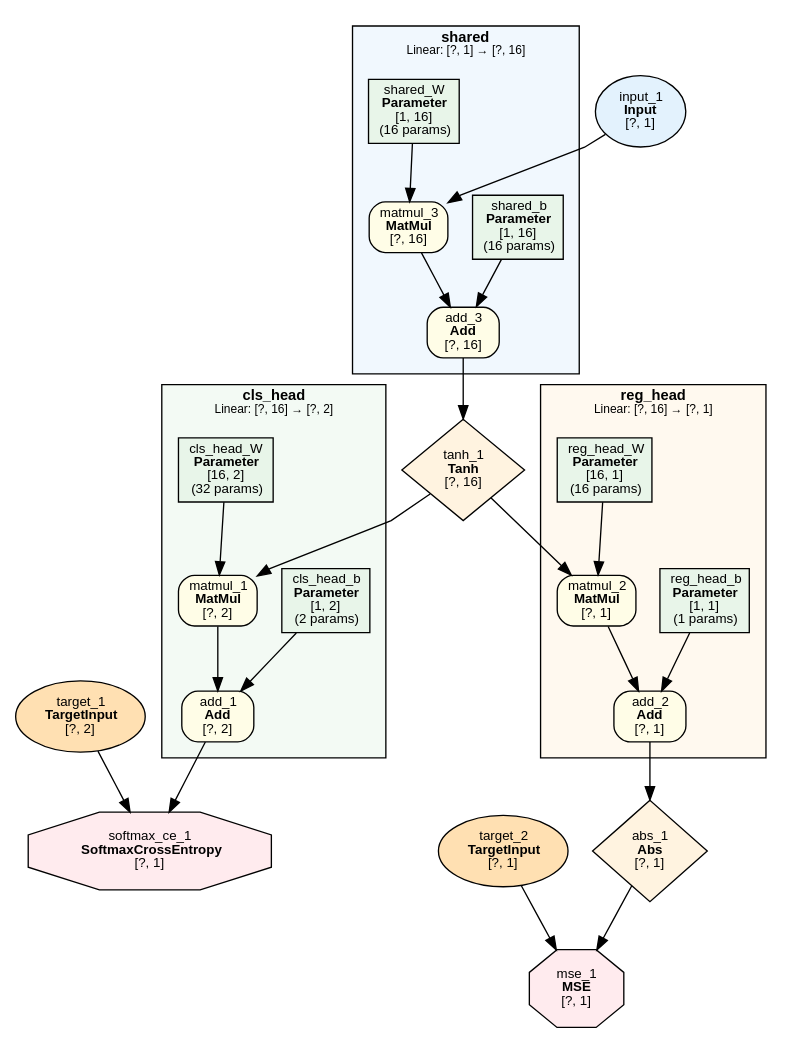
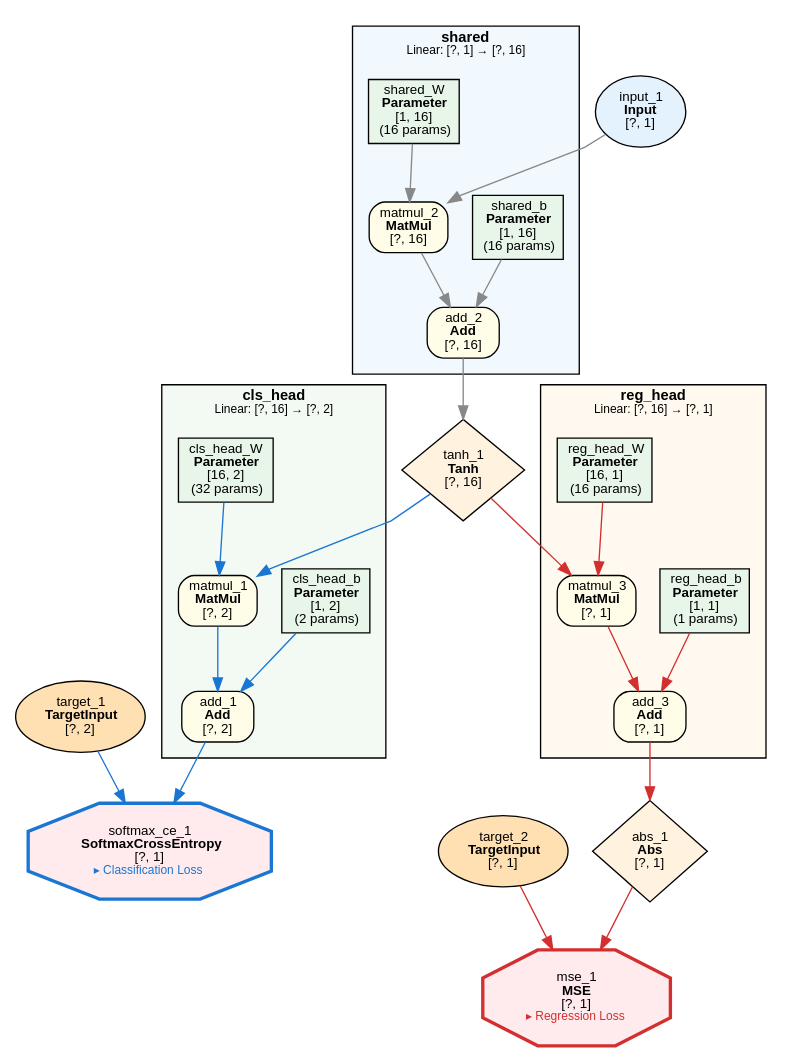
One commit to dbsxdbsx/only_torch changed the diagram in examples/dual_output_classify/dual_output_classify.dot. Above: the diagram before and after it, drawn with Graphviz. The commit also changed 26 other files, not shown here.

```diff
--- a/examples/dual_output_classify/dual_output_classify.dot
+++ b/examples/dual_output_classify/dual_output_classify.dot
@@ -1,73 +1,73 @@
 digraph ComputeGraph {
     rankdir=TB;
     newrank=true;
     splines=polyline;
     node [fontname="Microsoft YaHei,SimHei,Arial"];
     edge [fontname="Microsoft YaHei,SimHei,Arial"];
 
     subgraph cluster_shared {
         label=<<B>shared</B><BR/><FONT POINT-SIZE="9">Linear: [?, 1] → [?, 16]</FONT>>;
         style=filled;
         fillcolor="#E3F2FD80";
         fontname="Microsoft YaHei,SimHei,Arial";
         fontsize=11;
         margin=12;
-            "14" [label=<add_3<BR/><B>Add</B><BR/>[?, 16]> shape=box style="filled,rounded" fillcolor="#FFFDE7" fontsize=10];
-            "16" [label=<matmul_3<BR/><B>MatMul</B><BR/>[?, 16]> shape=box style="filled,rounded" fillcolor="#FFFDE7" fontsize=10];
-            "17" [label=<shared_b<BR/><B>Parameter</B><BR/>[1, 16]<BR/>(16 params)> shape=box style=filled fillcolor="#E8F5E9" fontsize=10];
-            "19" [label=<shared_W<BR/><B>Parameter</B><BR/>[1, 16]<BR/>(16 params)> shape=box style=filled fillcolor="#E8F5E9" fontsize=10];
+            "8" [label=<add_2<BR/><B>Add</B><BR/>[?, 16]> shape=box style="filled,rounded" fillcolor="#FFFDE7" fontsize=10];
+            "9" [label=<matmul_2<BR/><B>MatMul</B><BR/>[?, 16]> shape=box style="filled,rounded" fillcolor="#FFFDE7" fontsize=10];
+            "10" [label=<shared_b<BR/><B>Parameter</B><BR/>[1, 16]<BR/>(16 params)> shape=box style=filled fillcolor="#E8F5E9" fontsize=10];
+            "12" [label=<shared_W<BR/><B>Parameter</B><BR/>[1, 16]<BR/>(16 params)> shape=box style=filled fillcolor="#E8F5E9" fontsize=10];
     }
 
     subgraph cluster_cls_head {
         label=<<B>cls_head</B><BR/><FONT POINT-SIZE="9">Linear: [?, 16] → [?, 2]</FONT>>;
         style=filled;
         fillcolor="#E8F5E980";
         fontname="Microsoft YaHei,SimHei,Arial";
         fontsize=11;
         margin=12;
-            "3" [label=<add_1<BR/><B>Add</B><BR/>[?, 2]> shape=box style="filled,rounded" fillcolor="#FFFDE7" fontsize=10];
-            "7" [label=<matmul_1<BR/><B>MatMul</B><BR/>[?, 2]> shape=box style="filled,rounded" fillcolor="#FFFDE7" fontsize=10];
-            "8" [label=<cls_head_b<BR/><B>Parameter</B><BR/>[1, 2]<BR/>(2 params)> shape=box style=filled fillcolor="#E8F5E9" fontsize=10];
-            "11" [label=<cls_head_W<BR/><B>Parameter</B><BR/>[16, 2]<BR/>(32 params)> shape=box style=filled fillcolor="#E8F5E9" fontsize=10];
+            "2" [label=<add_1<BR/><B>Add</B><BR/>[?, 2]> shape=box style="filled,rounded" fillcolor="#FFFDE7" fontsize=10];
+            "4" [label=<matmul_1<BR/><B>MatMul</B><BR/>[?, 2]> shape=box style="filled,rounded" fillcolor="#FFFDE7" fontsize=10];
+            "5" [label=<cls_head_b<BR/><B>Parameter</B><BR/>[1, 2]<BR/>(2 params)> shape=box style=filled fillcolor="#E8F5E9" fontsize=10];
+            "7" [label=<cls_head_W<BR/><B>Parameter</B><BR/>[16, 2]<BR/>(32 params)> shape=box style=filled fillcolor="#E8F5E9" fontsize=10];
     }
 
     subgraph cluster_reg_head {
         label=<<B>reg_head</B><BR/><FONT POINT-SIZE="9">Linear: [?, 16] → [?, 1]</FONT>>;
         style=filled;
         fillcolor="#FFF3E080";
         fontname="Microsoft YaHei,SimHei,Arial";
         fontsize=11;
         margin=12;
-            "9" [label=<add_2<BR/><B>Add</B><BR/>[?, 1]> shape=box style="filled,rounded" fillcolor="#FFFDE7" fontsize=10];
-            "12" [label=<matmul_2<BR/><B>MatMul</B><BR/>[?, 1]> shape=box style="filled,rounded" fillcolor="#FFFDE7" fontsize=10];
-            "13" [label=<reg_head_b<BR/><B>Parameter</B><BR/>[1, 1]<BR/>(1 params)> shape=box style=filled fillcolor="#E8F5E9" fontsize=10];
-            "15" [label=<reg_head_W<BR/><B>Parameter</B><BR/>[16, 1]<BR/>(16 params)> shape=box style=filled fillcolor="#E8F5E9" fontsize=10];
+            "16" [label=<add_3<BR/><B>Add</B><BR/>[?, 1]> shape=box style="filled,rounded" fillcolor="#FFFDE7" fontsize=10];
+            "17" [label=<matmul_3<BR/><B>MatMul</B><BR/>[?, 1]> shape=box style="filled,rounded" fillcolor="#FFFDE7" fontsize=10];
+            "18" [label=<reg_head_b<BR/><B>Parameter</B><BR/>[1, 1]<BR/>(1 params)> shape=box style=filled fillcolor="#E8F5E9" fontsize=10];
+            "19" [label=<reg_head_W<BR/><B>Parameter</B><BR/>[16, 1]<BR/>(16 params)> shape=box style=filled fillcolor="#E8F5E9" fontsize=10];
     }
 
-    "1" [label=<softmax_ce_1<BR/><B>SoftmaxCrossEntropy</B><BR/>[?, 1]> shape=octagon style=filled fillcolor="#FFEBEE" fontsize=10];
-    "2" [label=<mse_1<BR/><B>MSE</B><BR/>[?, 1]> shape=octagon style=filled fillcolor="#FFEBEE" fontsize=10];
-    "4" [label=<target_1<BR/><B>TargetInput</B><BR/>[?, 2]> shape=ellipse style=filled fillcolor="#FFE0B2" fontsize=10];
-    "5" [label=<abs_1<BR/><B>Abs</B><BR/>[?, 1]> shape=diamond style=filled fillcolor="#FFF3E0" fontsize=10];
-    "6" [label=<target_2<BR/><B>TargetInput</B><BR/>[?, 1]> shape=ellipse style=filled fillcolor="#FFE0B2" fontsize=10];
-    "10" [label=<tanh_1<BR/><B>Tanh</B><BR/>[?, 16]> shape=diamond style=filled fillcolor="#FFF3E0" fontsize=10];
-    "18" [label=<input_1<BR/><B>Input</B><BR/>[?, 1]> shape=ellipse style=filled fillcolor="#E3F2FD" fontsize=10];
+    "1" [label=<softmax_ce_1<BR/><B>SoftmaxCrossEntropy</B><BR/>[?, 1]<BR/><FONT COLOR="#1976D2" POINT-SIZE="9">▸ Classification Loss</FONT>> shape=octagon style=filled fillcolor="#FFEBEE" fontsize=10 penwidth=2.5 color="#1976D2"];
+    "3" [label=<target_1<BR/><B>TargetInput</B><BR/>[?, 2]> shape=ellipse style=filled fillcolor="#FFE0B2" fontsize=10];
+    "6" [label=<tanh_1<BR/><B>Tanh</B><BR/>[?, 16]> shape=diamond style=filled fillcolor="#FFF3E0" fontsize=10];
+    "11" [label=<input_1<BR/><B>Input</B><BR/>[?, 1]> shape=ellipse style=filled fillcolor="#E3F2FD" fontsize=10];
+    "13" [label=<mse_1<BR/><B>MSE</B><BR/>[?, 1]<BR/><FONT COLOR="#D32F2F" POINT-SIZE="9">▸ Regression Loss</FONT>> shape=octagon style=filled fillcolor="#FFEBEE" fontsize=10 penwidth=2.5 color="#D32F2F"];
+    "14" [label=<abs_1<BR/><B>Abs</B><BR/>[?, 1]> shape=diamond style=filled fillcolor="#FFF3E0" fontsize=10];
+    "15" [label=<target_2<BR/><B>TargetInput</B><BR/>[?, 1]> shape=ellipse style=filled fillcolor="#FFE0B2" fontsize=10];
 
-    "3" -> "1";
-    "4" -> "1";
-    "5" -> "2";
-    "6" -> "2";
-    "7" -> "3";
-    "8" -> "3";
-    "9" -> "5";
-    "10" -> "7";
-    "11" -> "7";
-    "12" -> "9";
-    "13" -> "9";
-    "14" -> "10";
-    "10" -> "12";
-    "15" -> "12";
-    "16" -> "14";
-    "17" -> "14";
-    "18" -> "16";
-    "19" -> "16";
+    "2" -> "1" [color="#1976D2"];
+    "3" -> "1" [color="#1976D2"];
+    "4" -> "2" [color="#1976D2"];
+    "5" -> "2" [color="#1976D2"];
+    "6" -> "4" [color="#1976D2"];
+    "7" -> "4" [color="#1976D2"];
+    "8" -> "6" [color="#888888"];
+    "9" -> "8" [color="#888888"];
+    "10" -> "8" [color="#888888"];
+    "11" -> "9" [color="#888888"];
+    "12" -> "9" [color="#888888"];
+    "14" -> "13" [color="#D32F2F"];
+    "15" -> "13" [color="#D32F2F"];
+    "16" -> "14" [color="#D32F2F"];
+    "17" -> "16" [color="#D32F2F"];
+    "18" -> "16" [color="#D32F2F"];
+    "6" -> "17" [color="#D32F2F"];
+    "19" -> "17" [color="#D32F2F"];
 }
```
